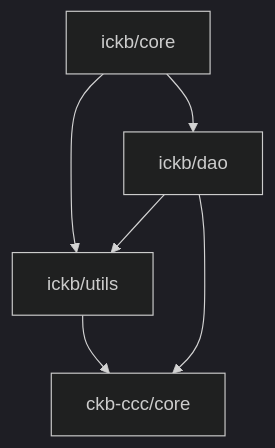
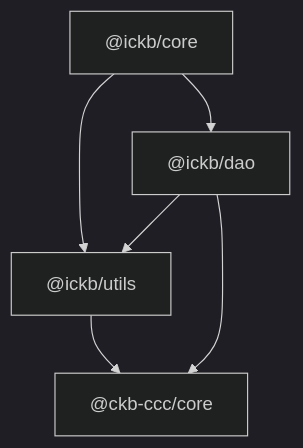
One commit to ickb/stack changed the diagram in packages/core/README.md. Above: the diagram before and after it, drawn with Mermaid (dark theme).

Commit message:
Add back @ symbols and links to Mermaid dependency graph %5

````diff
--- a/packages/core/README.md
+++ b/packages/core/README.md
@@ -7,8 +7,13 @@
 ```mermaid
 graph TD;
-    A[ickb/utils] --> B[ckb-ccc/core];
-    C[ickb/dao] --> A[ickb/utils];
-    C --> B[ckb-ccc/core];
-    D[ickb/core] --> A[ickb/utils];
-    D --> C[ickb/dao];
+    A["@ickb/utils"] --> B["@ckb-ccc/core"];
+    C["@ickb/dao"] --> A;
+    C --> B;
+    D["@ickb/core"] --> A;
+    D --> C;
+
+    click A "https://github.com/ickb/utils" "Go to @ickb/utils"
+    click B "https://github.com/ckb-devrel/ccc/tree/master/packages/core" "Go to @ckb-ccc/core"
+    click C "https://github.com/ickb/dao" "Go to @ickb/dao"
+    click D "https://github.com/ickb/core" "Go to @ickb/core"
 ```
````
